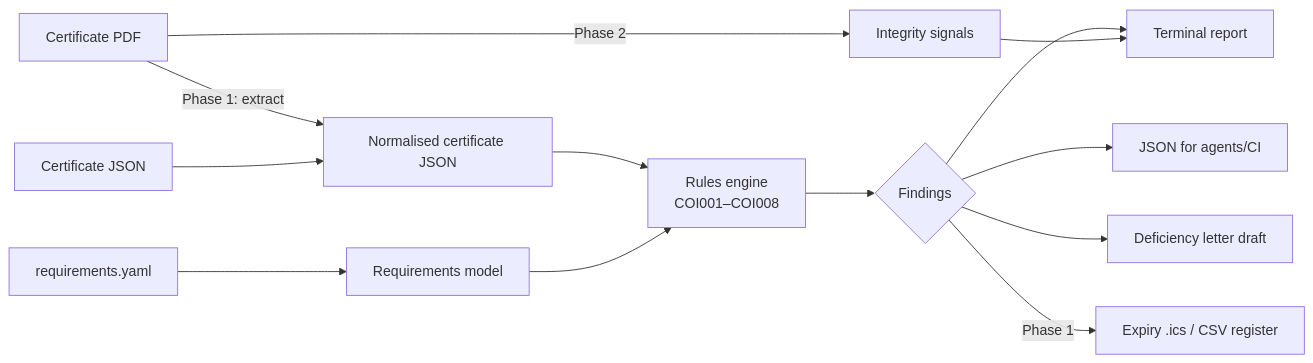
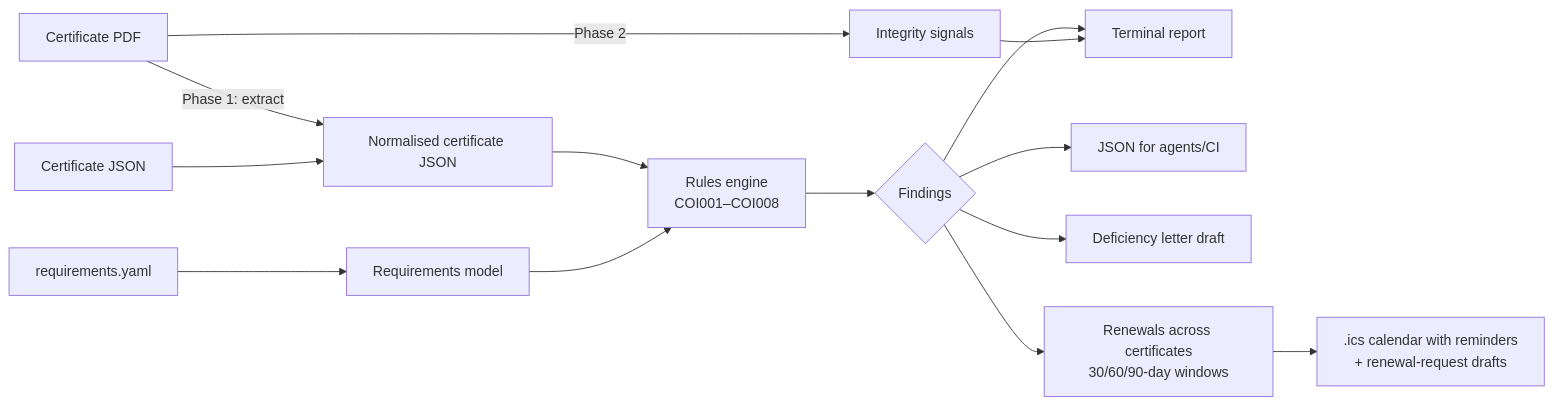
One commit to AagamS06/coi-lint changed the diagram in Architecture.md. Above: the diagram before and after it, drawn with Mermaid. The commit also changed other lines of this file and 14 other files, not shown here.

Commit message:
feat: v0.2.0 renewal tracking: renewals command, .ics reminders (90/60/30 days), renewal letters per broker

````diff
--- a/Architecture.md
+++ b/Architecture.md
@@ -5,15 +5,16 @@
 ```mermaid
 flowchart LR
     A[Certificate PDF] -->|Phase 1: extract| B[Normalised certificate JSON]
     J[Certificate JSON] --> B
     R[requirements.yaml] --> C[Requirements model]
     B --> D[Rules engine<br/>COI001–COI008]
     C --> D
     D --> E{Findings}
     E --> F[Terminal report]
     E --> G[JSON for agents/CI]
     E --> H[Deficiency letter draft]
-    E -->|Phase 1| I[Expiry .ics / CSV register]
+    E --> L[Renewals across certificates<br/>30/60/90-day windows]
+    L --> I[.ics calendar with reminders<br/>+ renewal-request drafts]
     A -->|Phase 2| K[Integrity signals]
     K --> F
 ```
````
